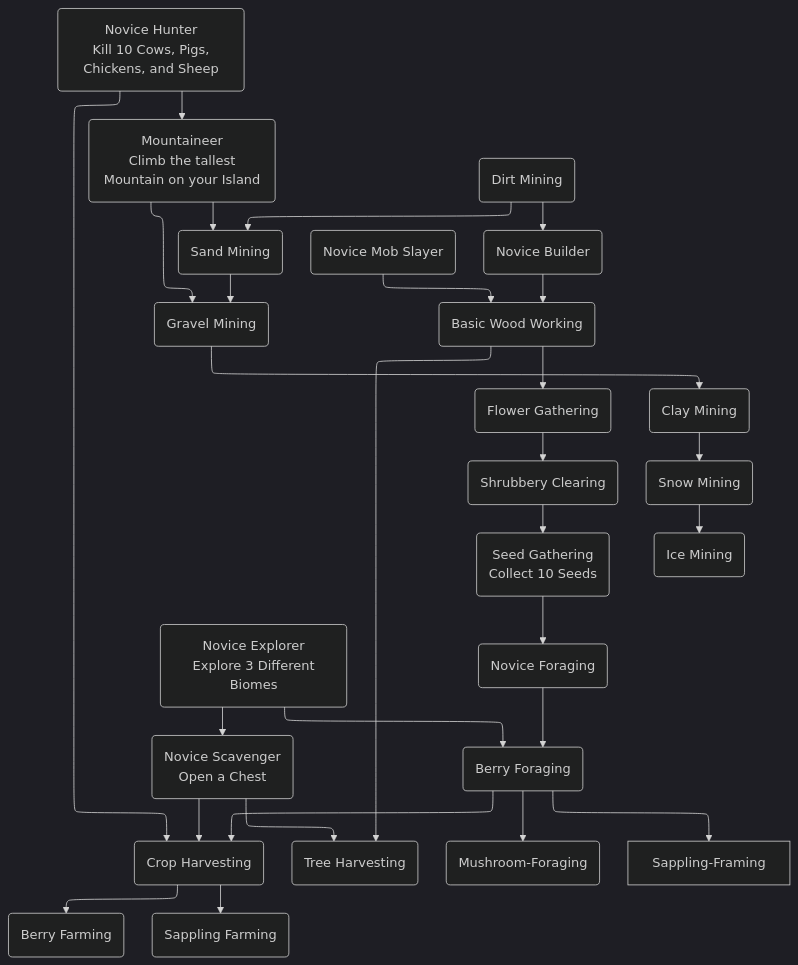
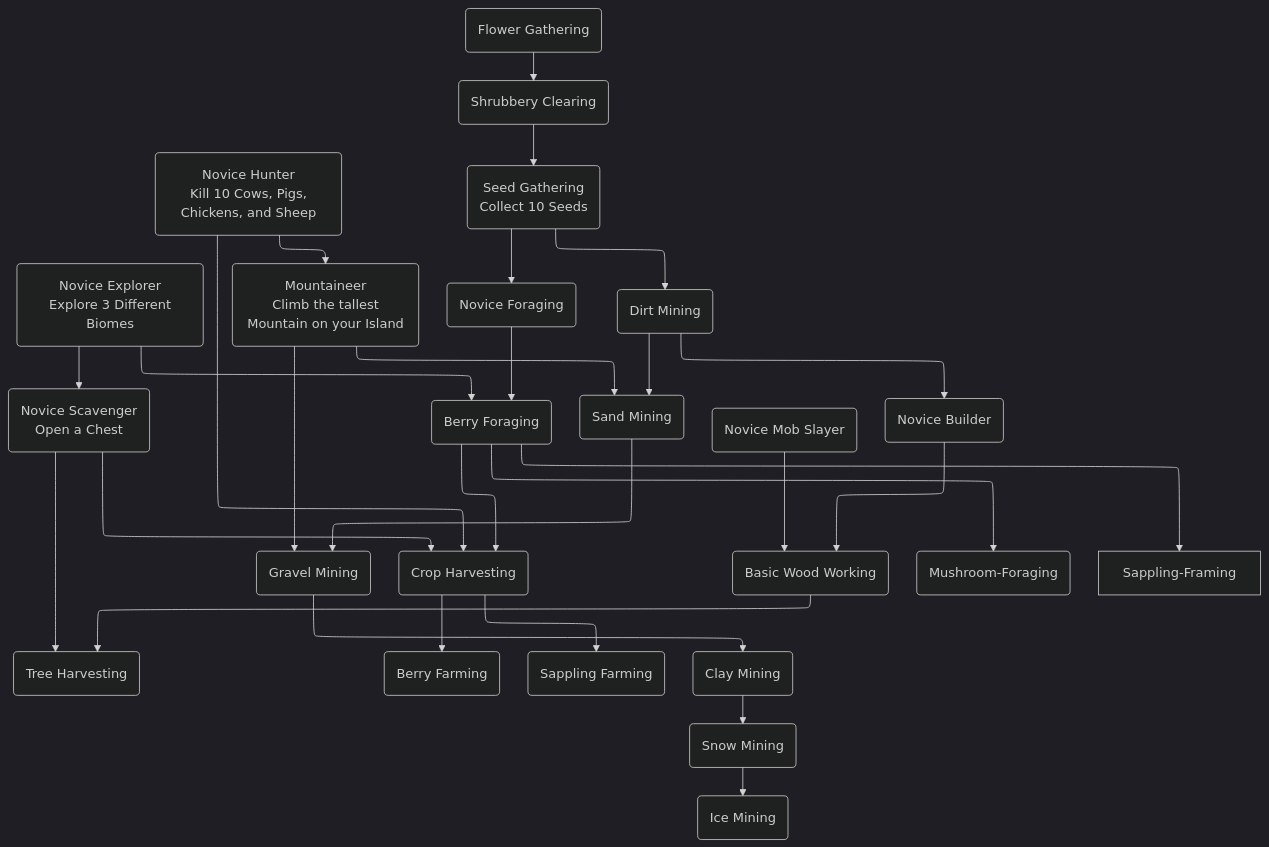
Before and after one commit to PolarisVoid/The-Voyage: the diagram in Design-Documents/Advancement-Tree.md, drawn with Mermaid (dark theme).

````diff
--- a/Design-Documents/Advancement-Tree.md
+++ b/Design-Documents/Advancement-Tree.md
@@ -1,78 +1,77 @@
 ```mermaid
 %%{init: {"flowchart": {"defaultRenderer": "elk"}} }%%
 flowchart TD
   
   Novice-Explorer(Novice Explorer\n Explore 3 Different Biomes)
   Novice-Explorer-->Novice-Scavenger & Berry-Foraging
   
   Mountaineer(Mountaineer\n Climb the tallest Mountain on your Island)
   Mountaineer-->Sand-Mining & Gravel-Mining
   
   Novice-Scavenger(Novice Scavenger\n Open a Chest)
   Novice-Scavenger-->Crop-Harvesting & Tree-Harvesting
   
 
 
 
   Novice-Hunter(Novice Hunter\n Kill 10 Cows, Pigs, Chickens, and Sheep)
   Novice-Hunter-->Mountaineer & Crop-Harvesting
   
   Novice-Mob-Slayer(Novice Mob Slayer)
   Novice-Mob-Slayer-->Basic-Wood-Working
 
 
 
   Novice-Builder(Novice Builder)
   Novice-Builder-->Basic-Wood-Working
   Basic-Wood-Working(Basic Wood Working)
-  Basic-Wood-Working-->
 
 
 
   Flower-Gathering(Flower Gathering\n)
   Flower-Gathering-->Shrubbery-Clearing
   
   Shrubbery-Clearing(Shrubbery Clearing\n)
   Shrubbery-Clearing-->Seed-Gathering
   
   Seed-Gathering(Seed Gathering\n Collect 10 Seeds)
-  Seed-Gathering-->Novice-Foraging
+  Seed-Gathering-->Novice-Foraging & Dirt-Mining
   
   Novice-Foraging(Novice Foraging\n)
   Novice-Foraging-->Berry-Foraging  
   
   Berry-Foraging(Berry Foraging\n)
   Berry-Foraging-->Crop-Harvesting & Mushroom-Foraging & Sappling-Framing
   
   Crop-Harvesting(Crop Harvesting\n)
   Crop-Harvesting-->Berry-Farming & Sappling-Farming
   
   Mushroom-Foraging(Mushroom-Foraging\n)
 
 
 
   Berry-Farming(Berry Farming)
   
   Sappling-Farming(Sappling Farming\n)
 
 
 
   Dirt-Mining(Dirt Mining\n)
   Dirt-Mining-->Sand-Mining & Novice-Builder
   
   Sand-Mining(Sand Mining\n)
   Sand-Mining-->Gravel-Mining
   
   Gravel-Mining(Gravel Mining\n)
   Gravel-Mining-->Clay-Mining
   
   Clay-Mining(Clay Mining\n)
   Clay-Mining-->Snow-Mining
   
   Snow-Mining(Snow Mining\n)
   Snow-Mining-->Ice-Mining
   Ice-Mining(Ice Mining\n)
   
   Tree-Harvesting(Tree Harvesting)
   Basic-Wood-Working-->Tree-Harvesting
 ```
````
